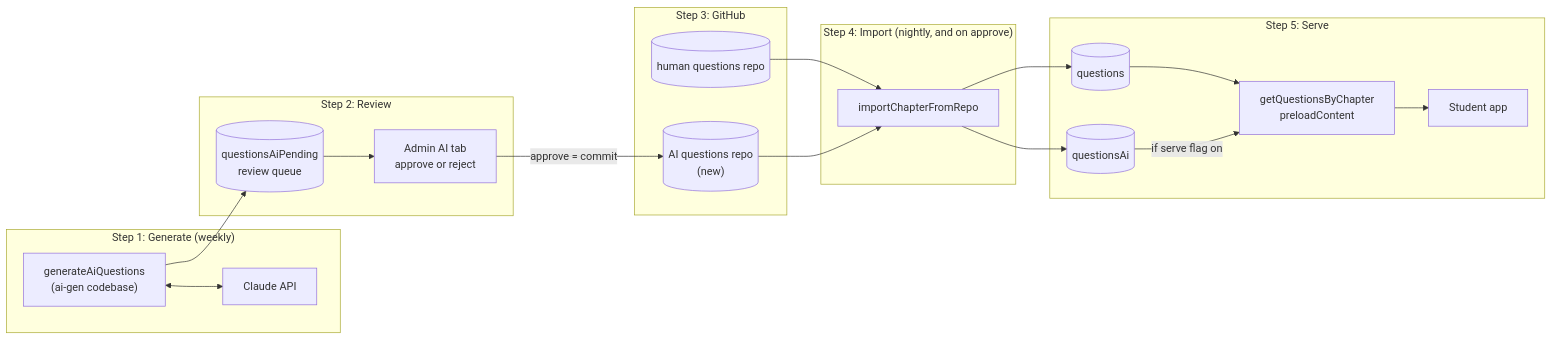
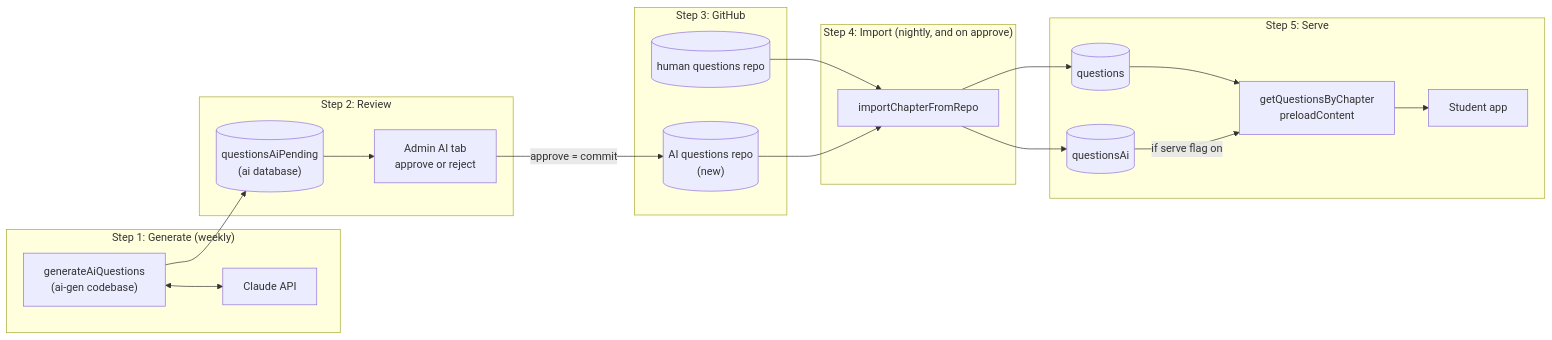
One commit to alexmcdermid/real-estate-quest changed the first of 5 diagrams in docs/ai-question-flow.md. Above: the diagram before and after it, drawn with Mermaid. The commit also changed other lines of this file, not shown here.

First line of the commit message:
docs: give the AI generator its own database and service account

````diff
--- a/docs/ai-question-flow.md
+++ b/docs/ai-question-flow.md
@@ -28,36 +45,36 @@
 ```mermaid
 flowchart LR
   subgraph GEN["Step 1: Generate (weekly)"]
     G["generateAiQuestions<br/>(ai-gen codebase)"] <--> CL["Claude API"]
   end
 
   subgraph REV["Step 2: Review"]
-    QP[("questionsAiPending<br/>review queue")] --> ADM["Admin AI tab<br/>approve or reject"]
+    QP[("questionsAiPending<br/>(ai database)")] --> ADM["Admin AI tab<br/>approve or reject"]
   end
 
   subgraph SOT["Step 3: GitHub"]
     HR[("human questions repo")]
     AR[("AI questions repo<br/>(new)")]
   end
 
   subgraph IMP["Step 4: Import (nightly, and on approve)"]
     I["importChapterFromRepo"]
   end
 
   subgraph SRV["Step 5: Serve"]
     Q[("questions")]
     QA[("questionsAi")]
     API["getQuestionsByChapter<br/>preloadContent"]
     STU["Student app"]
     Q --> API
     QA -- "if serve flag on" --> API
     API --> STU
   end
 
   G --> QP
   ADM -- "approve = commit" --> AR
   HR --> I
   AR --> I
   I --> Q
   I --> QA
 ```
````
